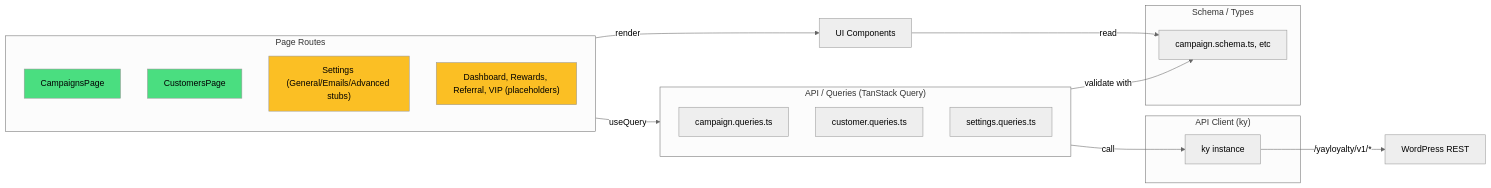
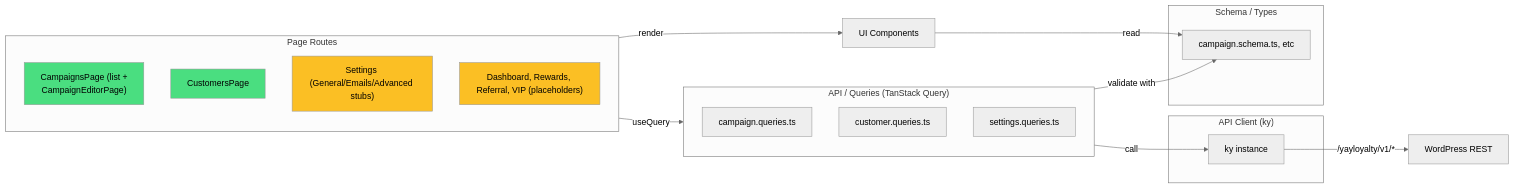
Before and after one commit to YayCommerce/YayLoyalty: the second of 3 diagrams in docs/system-architecture.md, drawn with Mermaid (neutral theme). The commit also changed other lines of this file and 21 other files, not shown here.

Commit message:
update: campaign editor UI

````diff
--- a/docs/system-architecture.md
+++ b/docs/system-architecture.md
@@ -88,36 +88,36 @@
 ```mermaid
 flowchart LR
     subgraph Pages["Page Routes"]
-        Camp["CampaignsPage"]
+        Camp["CampaignsPage (list + <br/>CampaignEditorPage)"]
         Cust["CustomersPage"]
         Set["Settings (General/Emails/Advanced stubs)"]
         Other["Dashboard, Rewards, Referral, VIP (placeholders)"]
     end
 
     subgraph Queries["API / Queries (TanStack Query)"]
         CampQry["campaign.queries.ts"]
         CustQry["customer.queries.ts"]
         SetQry["settings.queries.ts"]
     end
 
     subgraph API["API Client (ky)"]
         KyClient["ky instance"]
     end
 
     subgraph Schema["Schema / Types"]
         ZodSchema["campaign.schema.ts, etc"]
     end
 
     Pages -->|useQuery| Queries
     Queries -->|call| KyClient
     KyClient -->|/yayloyalty/v1/*| WordPress["WordPress REST"]
     Queries -->|validate with| ZodSchema
 
     Pages -->|render| Components["UI Components"]
     Components -->|read| ZodSchema
 
     style Camp fill:#4ade80
     style Cust fill:#4ade80
     style Set fill:#fbbf24
     style Other fill:#fbbf24
 ```
````
